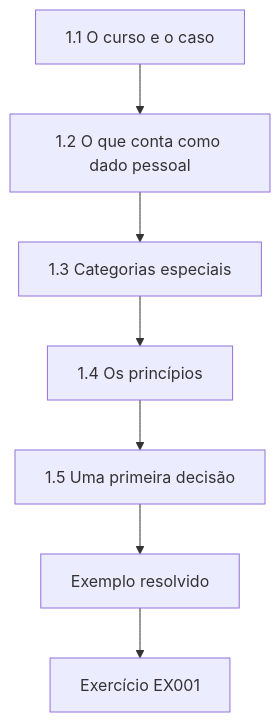
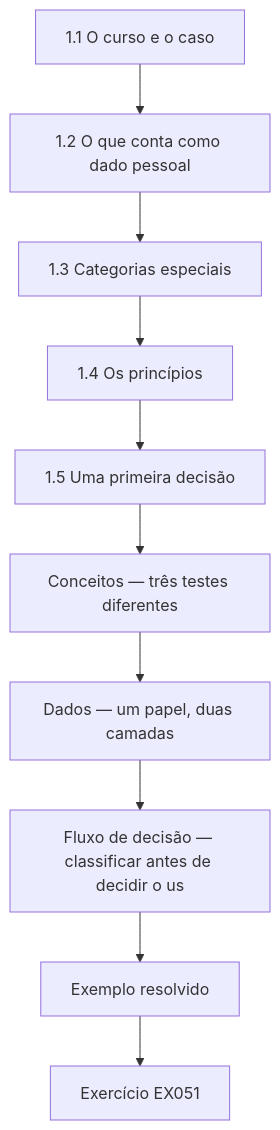
One commit to hiagokinlevi/CyKin changed the first of 12 diagrams in levels/rapid-1-month/privacy-data-protection/pt/book/MANUSCRIPT.md. Above: the diagram before and after it, drawn with Mermaid. The commit also changed other lines of this file and 1 other file, not shown here.

````diff
--- a/levels/rapid-1-month/privacy-data-protection/pt/book/MANUSCRIPT.md
+++ b/levels/rapid-1-month/privacy-data-protection/pt/book/MANUSCRIPT.md
@@ -45,11 +45,14 @@
 ```mermaid
 flowchart TD
   N0["1.1 O curso e o caso"]
   N1["1.2 O que conta como dado pessoal"]
   N2["1.3 Categorias especiais"]
   N3["1.4 Os princípios"]
   N4["1.5 Uma primeira decisão"]
-  N0 --> N1 --> N2 --> N3 --> N4
-  N4 --> EX["Exemplo resolvido"]
-  EX --> Q["Exercício EX001"]
+  N5["Conceitos — três testes diferentes"]
+  N6["Dados — um papel, duas camadas"]
+  N7["Fluxo de decisão — classificar antes de decidir o us"]
+  N0 --> N1 --> N2 --> N3 --> N4 --> N5 --> N6 --> N7
+  N7 --> EX["Exemplo resolvido"]
+  EX --> Q["Exercício EX051"]
 ```
````
